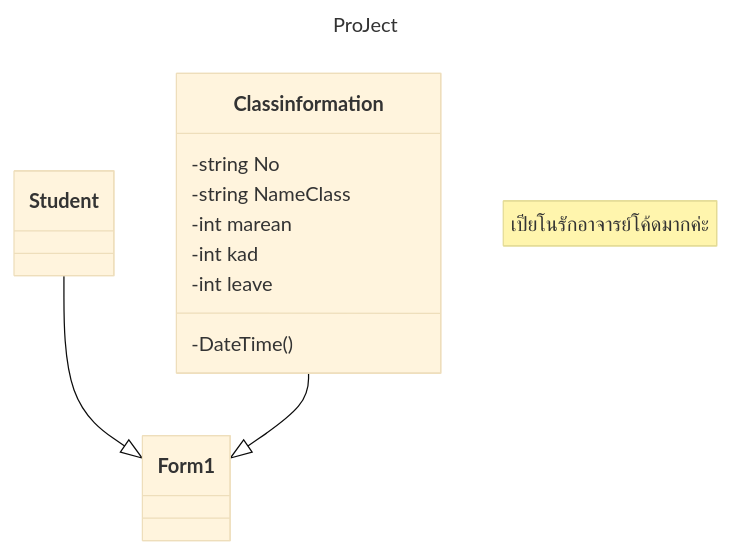
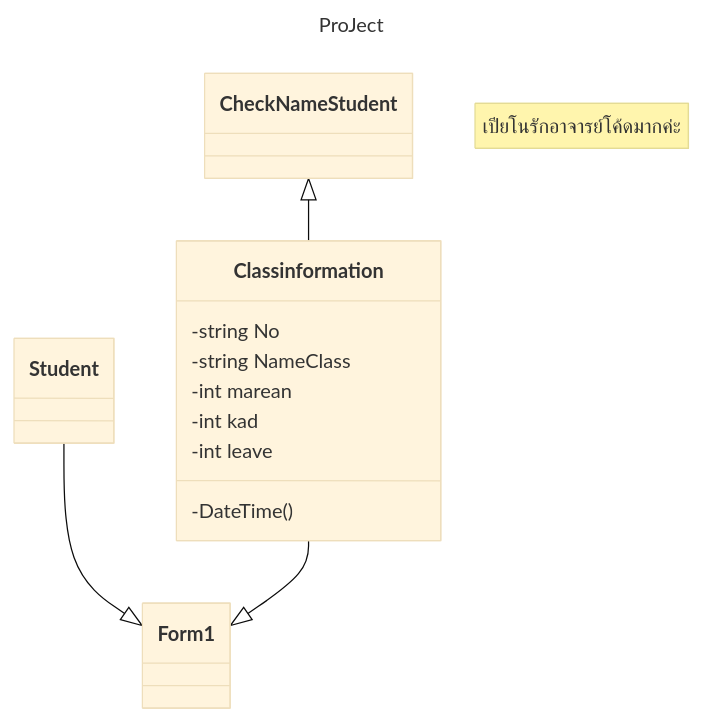
Before and after one commit to Natithorn/Test: the diagram in README.md, drawn with Mermaid (base theme).

````diff
--- a/README.md
+++ b/README.md
@@ -1,19 +1,20 @@
 ```mermaid
 ---
 title: ProJect
 ---
 classDiagram
     note "เปียโนรักอาจารย์โค้ดมากค่ะ"
     Student --|> Form1
     Classinformation --|> Form1
+    CheckNameStudent <|-- Classinformation
     class Classinformation{
         -string No
         -string NameClass
         -int marean
         -int kad
         -int leave
         -DateTime()
         
     }
     
 ```
````
